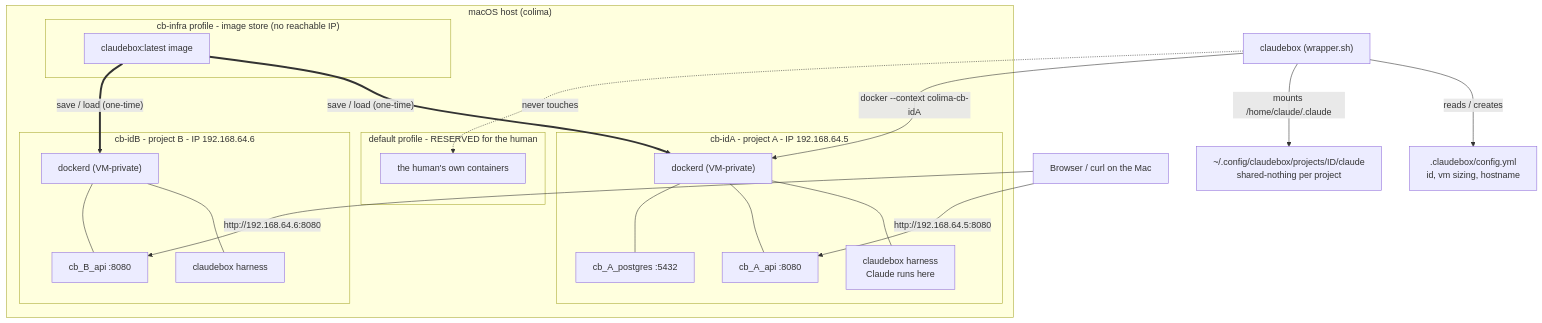
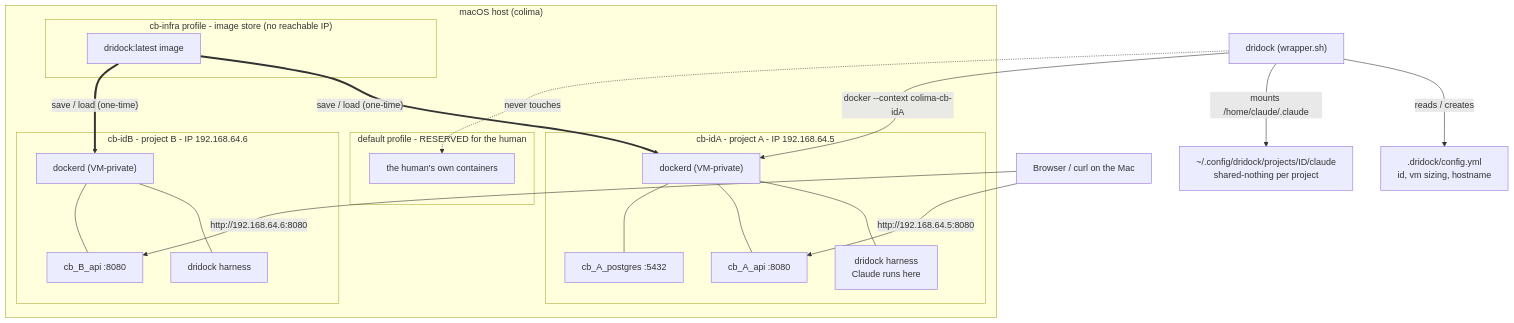
Before and after one commit to aberezin/docker-claudebox: the first of 2 diagrams in docs/design/per-project-vm.md, drawn with Mermaid. The commit also changed other lines of this file and 34 other files, not shown here.

First line of the commit message:
docs(3.0): claudebox → dridock prose sweep + baked guidance (#11 phase 5)

````diff
--- a/docs/design/per-project-vm.md
+++ b/docs/design/per-project-vm.md
@@ -85,41 +87,41 @@
 ```mermaid
 flowchart TB
     browser["Browser / curl on the Mac"]
-    wrap["claudebox (wrapper.sh)"]
-    cfg[".claudebox/config.yml<br/>id, vm sizing, hostname"]
-    data["~/.config/claudebox/projects/ID/claude<br/>shared-nothing per project"]
+    wrap["dridock (wrapper.sh)"]
+    cfg[".dridock/config.yml<br/>id, vm sizing, hostname"]
+    data["~/.config/dridock/projects/ID/claude<br/>shared-nothing per project"]
 
     subgraph host["macOS host (colima)"]
       subgraph defvm["default profile - RESERVED for the human"]
         human["the human's own containers"]
       end
       subgraph infra["cb-infra profile - image store (no reachable IP)"]
-        img["claudebox:latest image"]
+        img["dridock:latest image"]
       end
       subgraph pa["cb-idA - project A - IP 192.168.64.5"]
         da["dockerd (VM-private)"]
-        ha["claudebox harness<br/>Claude runs here"]
+        ha["dridock harness<br/>Claude runs here"]
         apia["cb_A_api :8080"]
         pga["cb_A_postgres :5432"]
         da --- ha
         da --- apia
         da --- pga
       end
       subgraph pb["cb-idB - project B - IP 192.168.64.6"]
         db["dockerd (VM-private)"]
-        hb["claudebox harness"]
+        hb["dridock harness"]
         apib["cb_B_api :8080"]
         db --- hb
         db --- apib
       end
     end
 
     wrap -->|"reads / creates"| cfg
     wrap -->|"mounts /home/claude/.claude"| data
     wrap -->|"docker --context colima-cb-idA"| da
     wrap -. never touches .-> human
     img ==>|"save / load (one-time)"| da
     img ==>|"save / load (one-time)"| db
     browser -->|"http://192.168.64.5:8080"| apia
     browser -->|"http://192.168.64.6:8080"| apib
 ```
````
